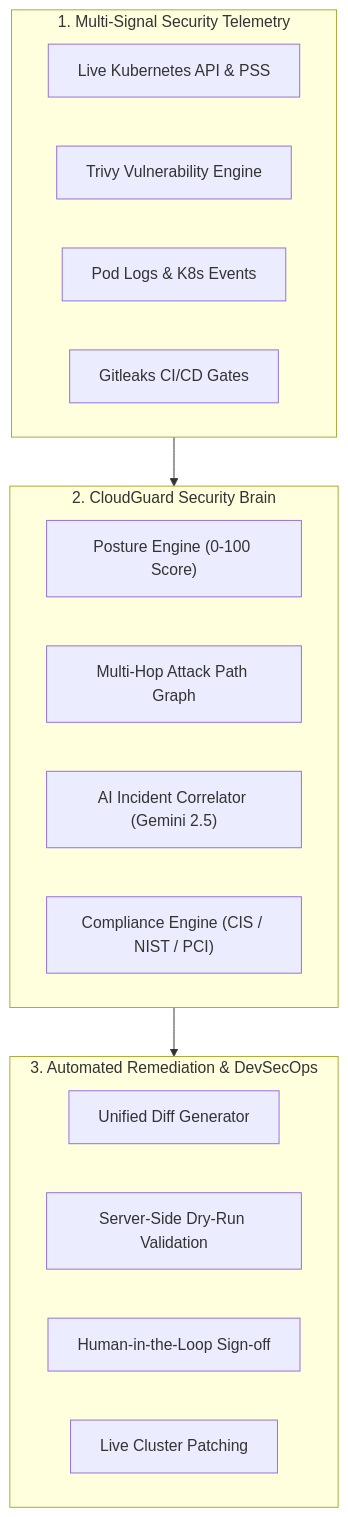
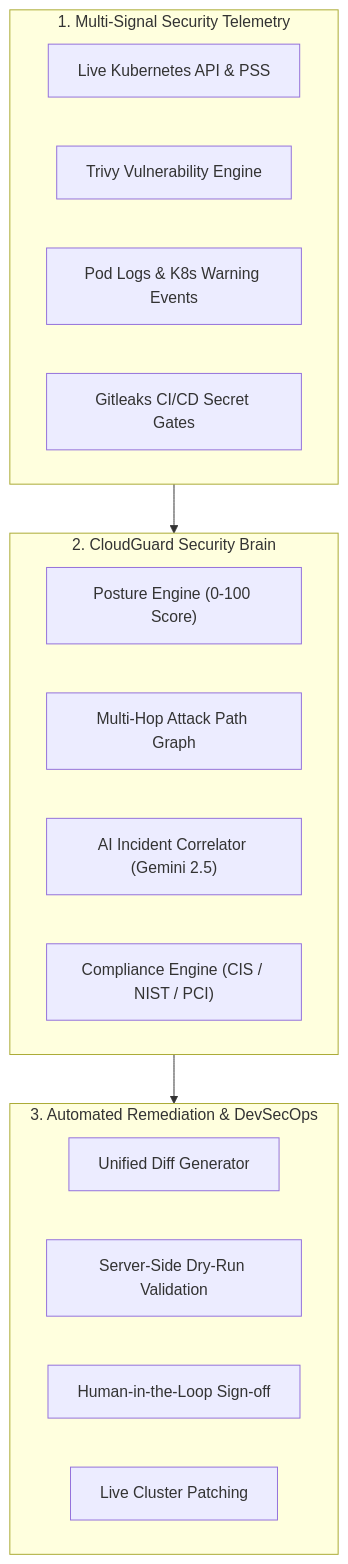
Before and after one commit to nayanaastakar/CloudGuard-An-AI-Assisted-Cloud-Native-DevSecOps-Monitoring-and-Intelligent-Remediation-Platform: the diagram in README.md, drawn with Mermaid. The commit also changed other lines of this file and 49 other files, not shown here.

````diff
--- a/README.md
+++ b/README.md
@@ -32,26 +71,26 @@
 ```mermaid
 flowchart TD
     subgraph Ingestion["1. Multi-Signal Security Telemetry"]
         K8s["Live Kubernetes API & PSS"]
         Trivy["Trivy Vulnerability Engine"]
-        Logs["Pod Logs & K8s Events"]
-        Git["Gitleaks CI/CD Gates"]
+        Logs["Pod Logs & K8s Warning Events"]
+        Git["Gitleaks CI/CD Secret Gates"]
     end
 
     subgraph Intelligence["2. CloudGuard Security Brain"]
         Posture["Posture Engine (0-100 Score)"]
         AttackPath["Multi-Hop Attack Path Graph"]
         Gemini["AI Incident Correlator (Gemini 2.5)"]
         Compliance["Compliance Engine (CIS / NIST / PCI)"]
     end
 
     subgraph Remediation["3. Automated Remediation & DevSecOps"]
         Diff["Unified Diff Generator"]
         DryRun["Server-Side Dry-Run Validation"]
         HumanApproval["Human-in-the-Loop Sign-off"]
         Deploy["Live Cluster Patching"]
     end
 
     Ingestion --> Intelligence
     Intelligence --> Remediation
 ```
````
